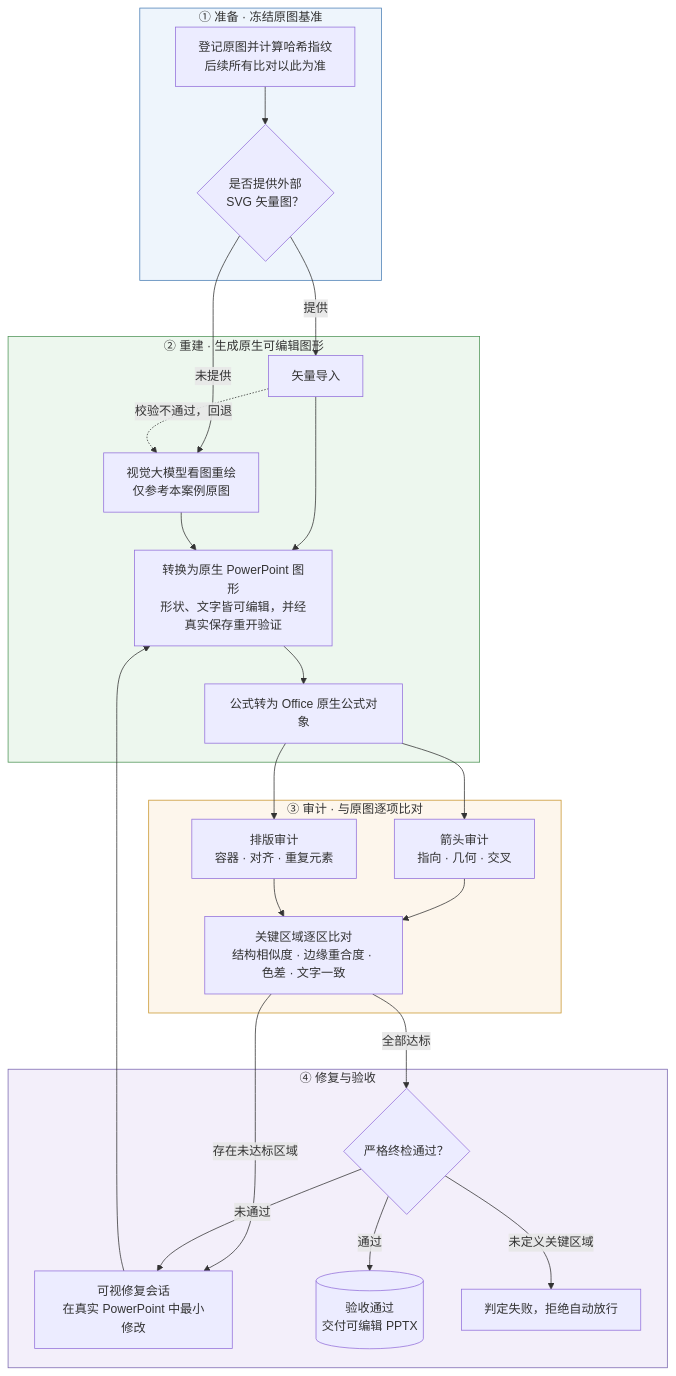
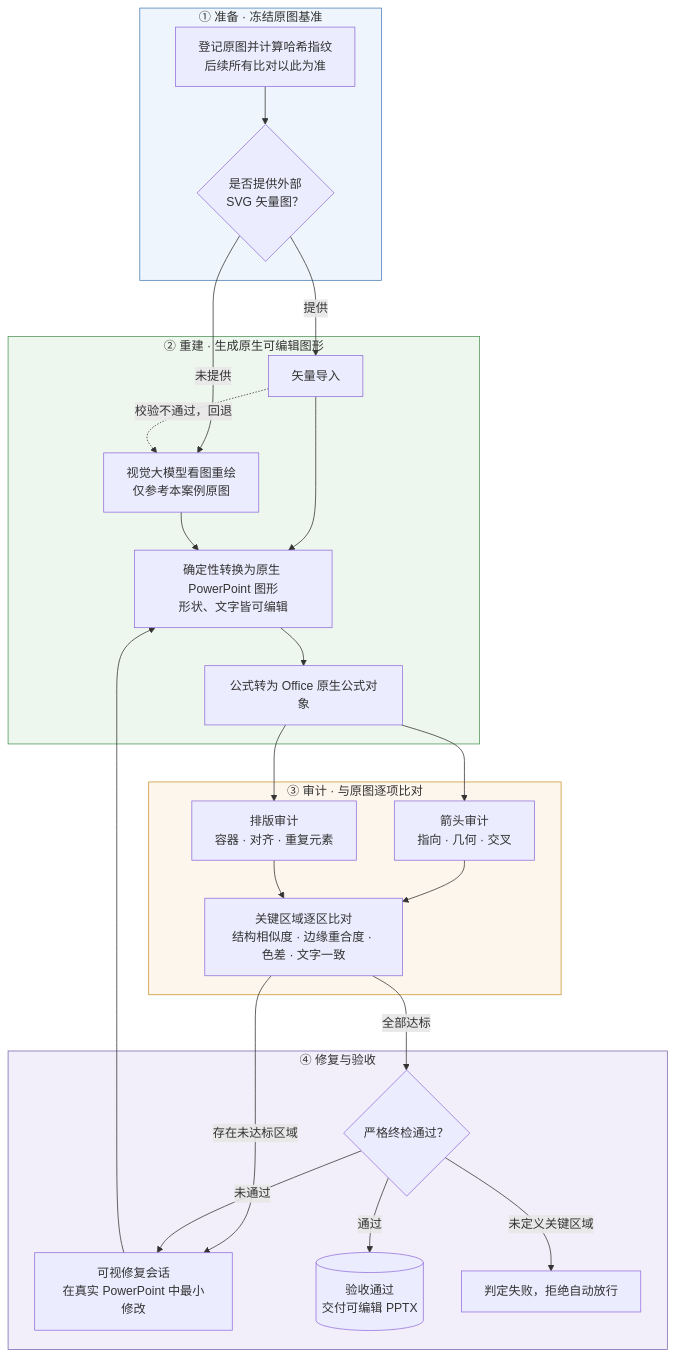
One commit to let778750-cpu/autofigure changed the second of 2 diagrams in PROJECT_ARCHITECTURE.md. Above: the diagram before and after it, drawn with Mermaid. The commit also changed other lines of this file and 427 other files, not shown here.

First line of the commit message:
feat: schema 4.0 基线——Canonical Scene 唯一事实源、source gate 与双路线七案例证据

````diff
--- a/PROJECT_ARCHITECTURE.md
+++ b/PROJECT_ARCHITECTURE.md
@@ -23,36 +118,36 @@
 ```mermaid
 flowchart TD
     subgraph SG1["① 准备 · 冻结原图基准"]
         A["登记原图并计算哈希指纹<br/>后续所有比对以此为准"] --> B{"是否提供外部<br/>SVG 矢量图？"}
     end
 
     subgraph SG2["② 重建 · 生成原生可编辑图形"]
         B -->|"提供"| C["矢量导入"]
         B -->|"未提供"| D["视觉大模型看图重绘<br/>仅参考本案例原图"]
         C -.->|"校验不通过，回退"| D
-        C --> E["转换为原生 PowerPoint 图形<br/>形状、文字皆可编辑，并经真实保存重开验证"]
+        C --> E["确定性转换为原生 PowerPoint 图形<br/>形状、文字皆可编辑"]
         D --> E
         E --> F["公式转为 Office 原生公式对象"]
     end
 
     subgraph SG3["③ 审计 · 与原图逐项比对"]
         F --> G["箭头审计<br/>指向 · 几何 · 交叉"]
         F --> H["排版审计<br/>容器 · 对齐 · 重复元素"]
         G --> I["关键区域逐区比对<br/>结构相似度 · 边缘重合度 · 色差 · 文字一致"]
         H --> I
     end
 
     subgraph SG4["④ 修复与验收"]
         I -->|"存在未达标区域"| J["可视修复会话<br/>在真实 PowerPoint 中最小修改"]
         J --> E
         I -->|"全部达标"| K{"严格终检通过？"}
         K -->|"通过"| L[("验收通过<br/>交付可编辑 PPTX")]
         K -->|"未通过"| J
         K -->|"未定义关键区域"| M["判定失败，拒绝自动放行"]
     end
 
     style SG1 fill:#EEF5FC,stroke:#4A7FB5
     style SG2 fill:#EDF7EE,stroke:#4E9457
     style SG3 fill:#FDF6EC,stroke:#C9962E
     style SG4 fill:#F3EFFA,stroke:#7A66B0
 ```
````
